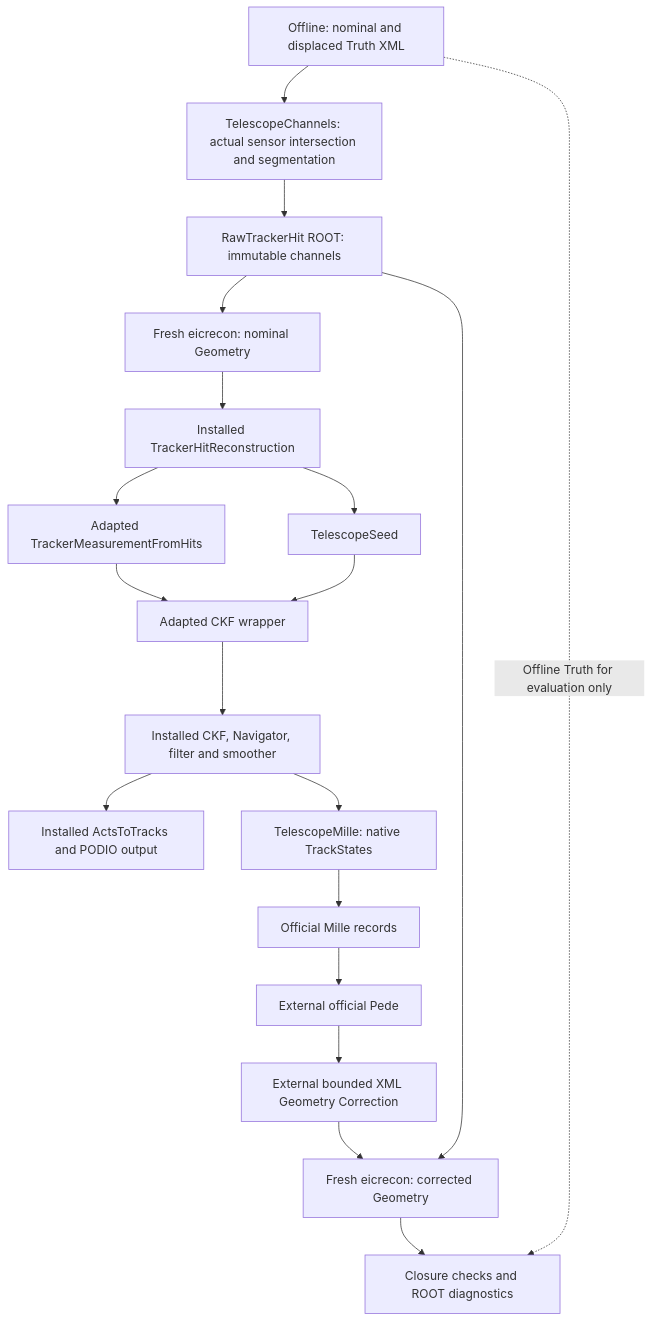
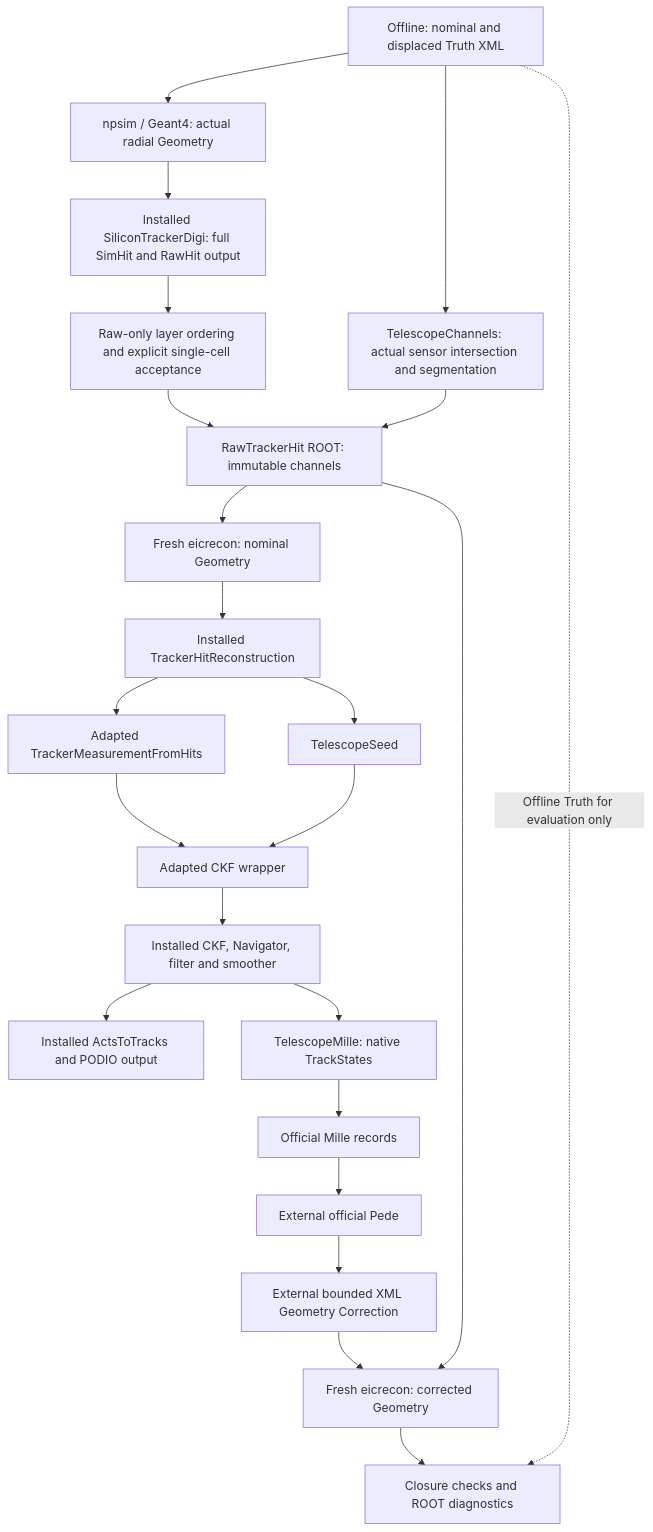
The diagram in docs/TELESCOPE_ALIGNMENT_CODE_MAP.md (11kumaoka/OnlineTimeAlignmentTest), drawn with Mermaid before and after one commit. The commit also changed other lines of this file and 30 other files, not shown here.

````diff
--- a/docs/TELESCOPE_ALIGNMENT_CODE_MAP.md
+++ b/docs/TELESCOPE_ALIGNMENT_CODE_MAP.md
@@ -26,21 +86,25 @@
 ```mermaid
 flowchart TD
   G[Offline: nominal and displaced Truth XML] --> D[TelescopeChannels: actual sensor intersection and segmentation]
+  G --> GS[npsim / Geant4: actual radial Geometry]
+  GS --> GD[Installed SiliconTrackerDigi: full SimHit and RawHit output]
+  GD --> GP[Raw-only layer ordering and explicit single-cell acceptance]
+  GP --> R
   D --> R[RawTrackerHit ROOT: immutable channels]
   R --> J[Fresh eicrecon: nominal Geometry]
   J --> H[Installed TrackerHitReconstruction]
   H --> M[Adapted TrackerMeasurementFromHits]
   H --> S[TelescopeSeed]
   M --> K[Adapted CKF wrapper]
   S --> K
   K --> A[Installed CKF, Navigator, filter and smoother]
   A --> E[Installed ActsToTracks and PODIO output]
   A --> N[TelescopeMille: native TrackStates]
   N --> B[Official Mille records]
   B --> P[External official Pede]
   P --> C[External bounded XML Geometry Correction]
   C --> F[Fresh eicrecon: corrected Geometry]
   R --> F
   F --> V[Closure checks and ROOT diagnostics]
   G -. Offline Truth for evaluation only .-> V
 ```
````
